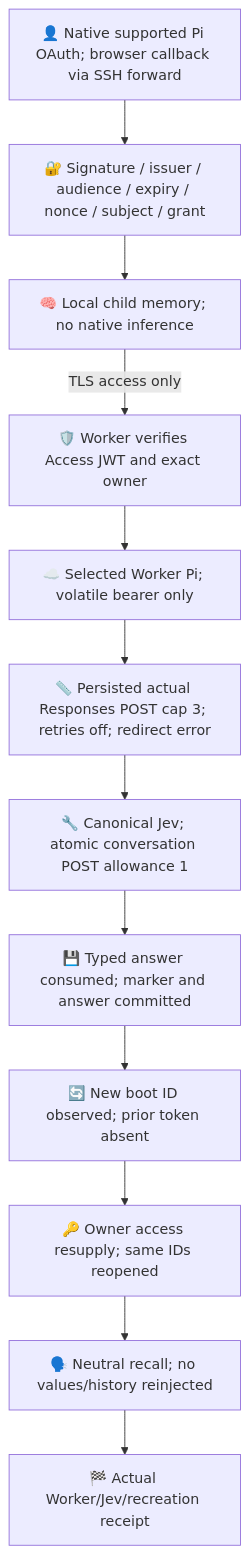
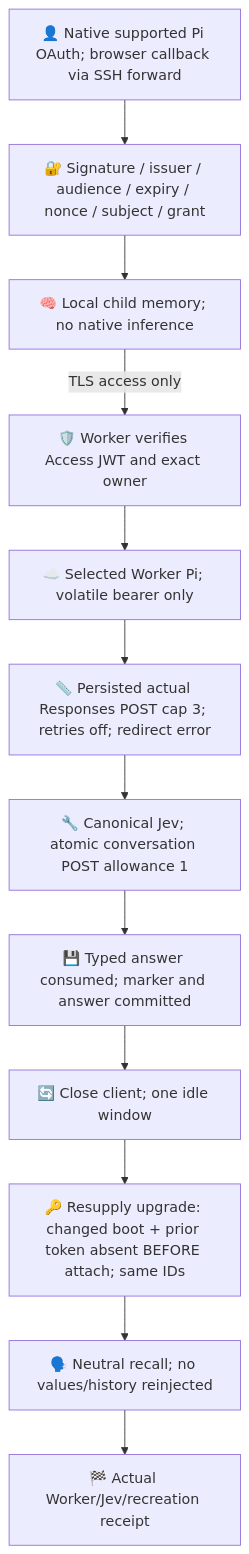
The second of 3 diagrams in experiments/pi-worker-proof/README.md (roccho-org/ops), drawn with Mermaid before and after one commit. The commit also changed other lines of this file and 3 other files, not shown here.

````diff
--- a/experiments/pi-worker-proof/README.md
+++ b/experiments/pi-worker-proof/README.md
@@ -20,14 +20,14 @@
 ```mermaid
 flowchart TB
   Owner["👤 Native supported Pi OAuth; browser callback via SSH forward"] --> Verify["🔐 Signature / issuer / audience / expiry / nonce / subject / grant"]
   Verify --> Memory["🧠 Local child memory; no native inference"]
   Memory -->|"TLS access only"| Access["🛡️ Worker verifies Access JWT and exact owner"]
   Access --> Pi["☁️ Selected Worker Pi; volatile bearer only"]
   Pi --> Budget["📏 Persisted actual Responses POST cap 3; retries off; redirect error"]
   Budget --> Jev["🔧 Canonical Jev; atomic conversation POST allowance 1"]
   Jev --> Commit["💾 Typed answer consumed; marker and answer committed"]
-  Commit --> Recreate["🔄 New boot ID observed; prior token absent"]
-  Recreate --> Resupply["🔑 Owner access resupply; same IDs reopened"]
+  Commit --> Recreate["🔄 Close client; one idle window"]
+  Recreate --> Resupply["🔑 Resupply upgrade: changed boot + prior token absent BEFORE attach; same IDs"]
   Resupply --> Recall["🗣️ Neutral recall; no values/history reinjected"]
   Recall --> Proof["🏁 Actual Worker/Jev/recreation receipt"]
 ```
````
